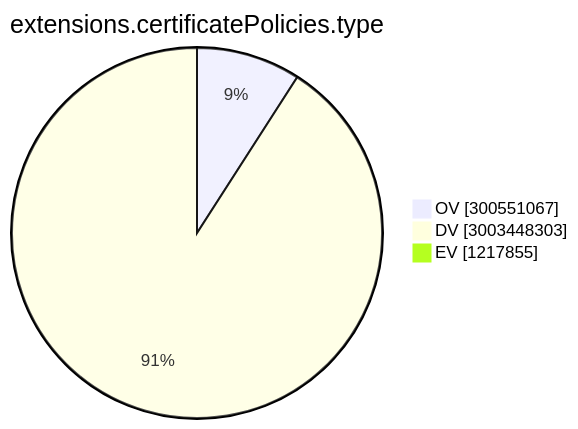
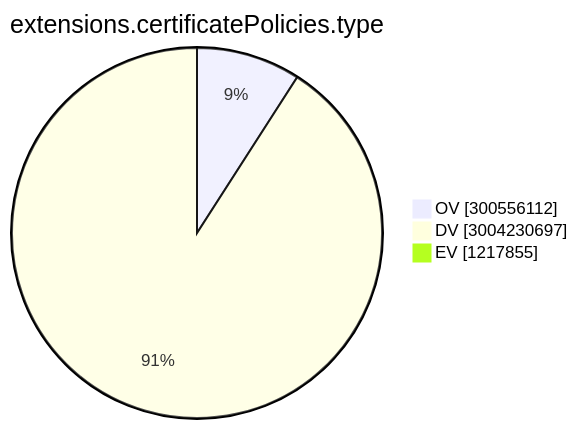
Before and after one commit to christiankrug/ctmonitor_visualization: the ninth of 15 diagrams in TOTAL/README.md, drawn with Mermaid. The commit also changed other lines of this file, not shown here.

````diff
--- a/TOTAL/README.md
+++ b/TOTAL/README.md
@@ -3102,7 +3102,7 @@
 ```mermaid
 pie showData
 title extensions.certificatePolicies.type
-"OV" :300551067
-"DV" :3003448303
+"OV" :300556112
+"DV" :3004230697
 "EV" :1217855
 ```
````
